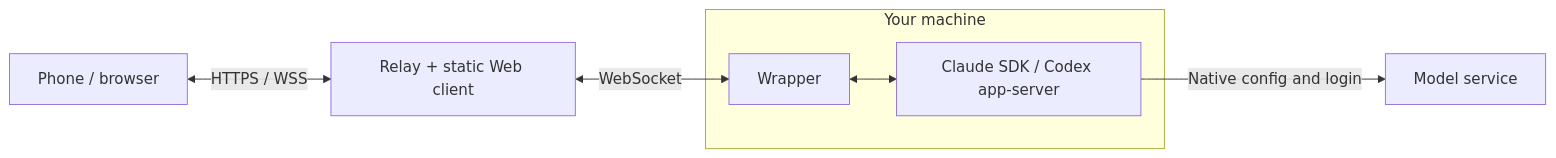
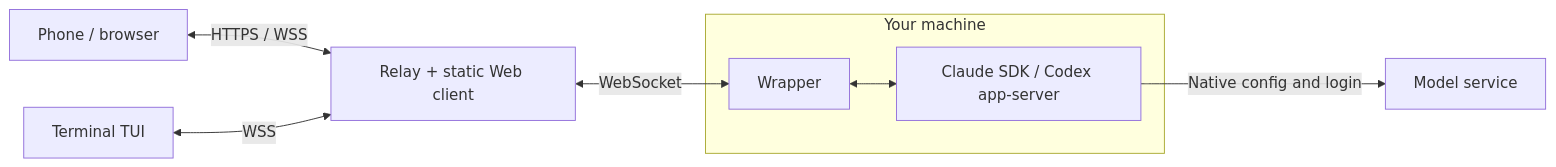
One commit to muggle-stack/cc-remote changed the diagram in README_en.md. Above: the diagram before and after it, drawn with Mermaid. The commit also changed other lines of this file and 37 other files, not shown here.

````diff
--- a/README_en.md
+++ b/README_en.md
@@ -147,9 +151,10 @@
 ```mermaid
 flowchart LR
   browser["Phone / browser"] <-->|HTTPS / WSS| relay["Relay + static Web client"]
+  terminal["Terminal TUI"] <-->|WSS| relay
   subgraph device["Your machine"]
     wrapper["Wrapper"] <--> engine["Claude SDK / Codex app-server"]
   end
   relay <-->|WebSocket| wrapper
   engine -->|Native config and login| model["Model service"]
 ```
````
